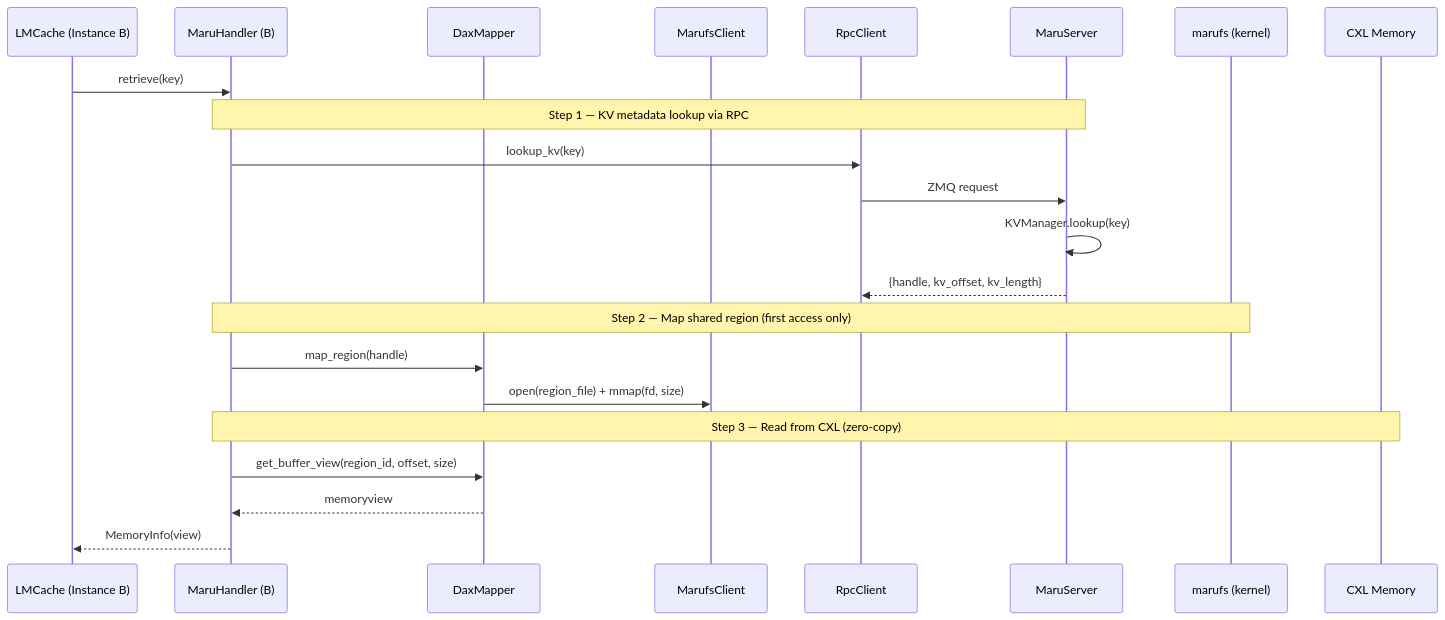
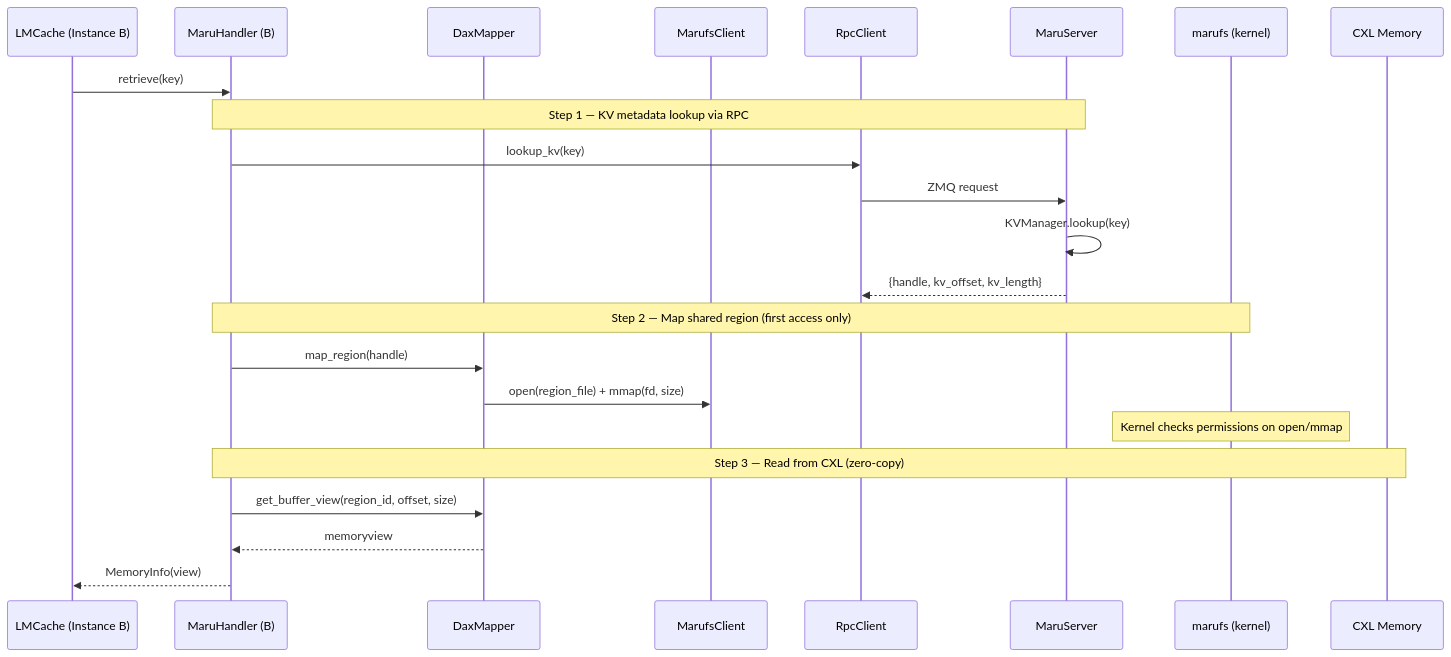
The fifth of 7 diagrams in docs/source/design_doc/maru_fs.md (xcena-dev/maru), drawn with Mermaid before and after one commit. The commit also changed other lines of this file, not shown here.

````diff
--- a/docs/source/design_doc/maru_fs.md
+++ b/docs/source/design_doc/maru_fs.md
@@ -153,28 +174,29 @@
 ```mermaid
 sequenceDiagram
     participant C as LMCache (Instance B)
     participant H as MaruHandler (B)
     participant DM as DaxMapper
     participant XC as MarufsClient
     participant RPC as RpcClient
     participant S as MaruServer
     participant K as marufs (kernel)
     participant CXL as CXL Memory
 
     C->>H: retrieve(key)
 
     Note over H,S: Step 1 — KV metadata lookup via RPC
     H->>RPC: lookup_kv(key)
     RPC->>S: ZMQ request
     S->>S: KVManager.lookup(key)
     S-->>RPC: {handle, kv_offset, kv_length}
 
     Note over H,K: Step 2 — Map shared region (first access only)
     H->>DM: map_region(handle)
     DM->>XC: open(region_file) + mmap(fd, size)
+    Note over K: Kernel checks permissions on open/mmap
 
     Note over H,CXL: Step 3 — Read from CXL (zero-copy)
     H->>DM: get_buffer_view(region_id, offset, size)
     DM-->>H: memoryview
     H-->>C: MemoryInfo(view)
 ```
````
